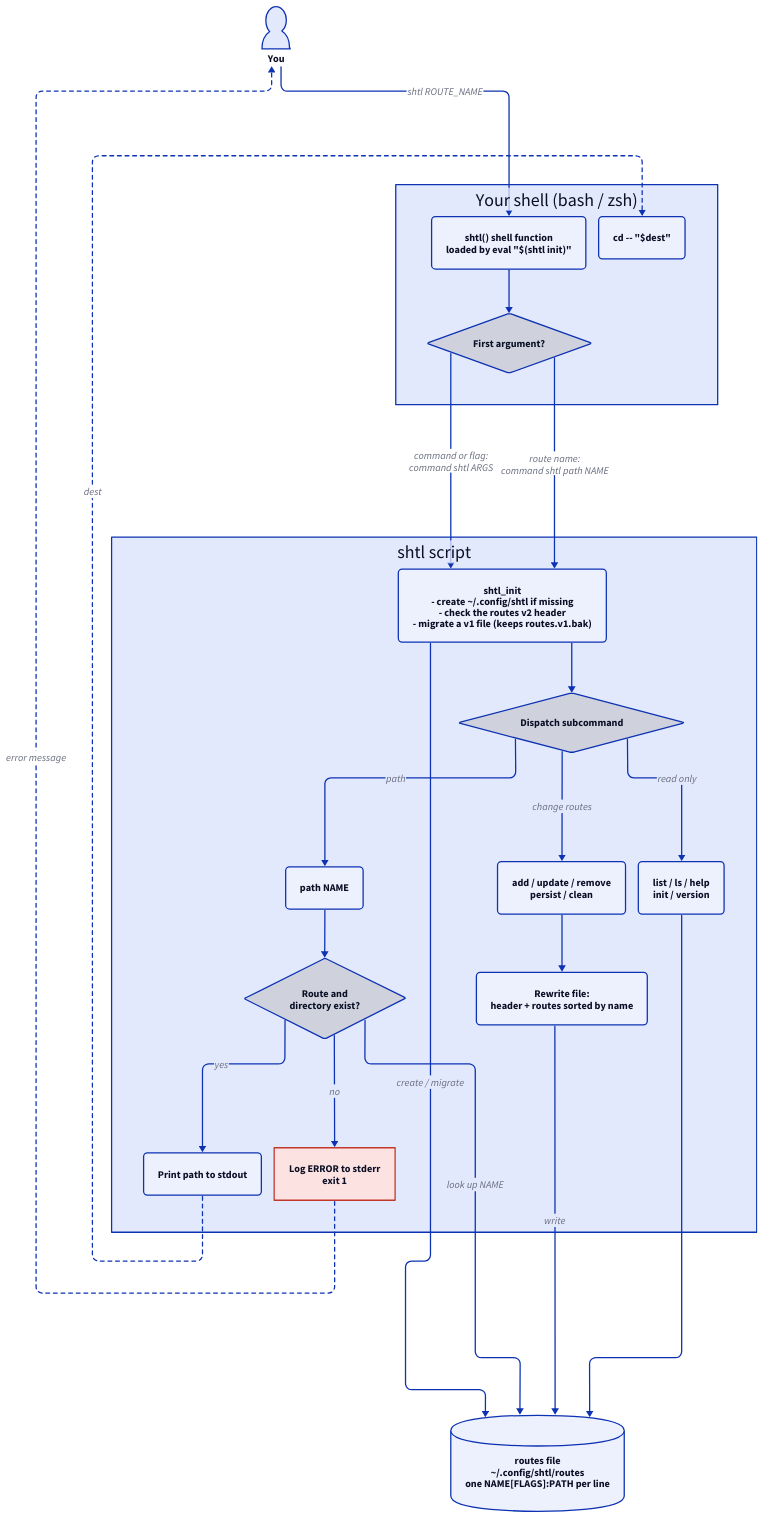
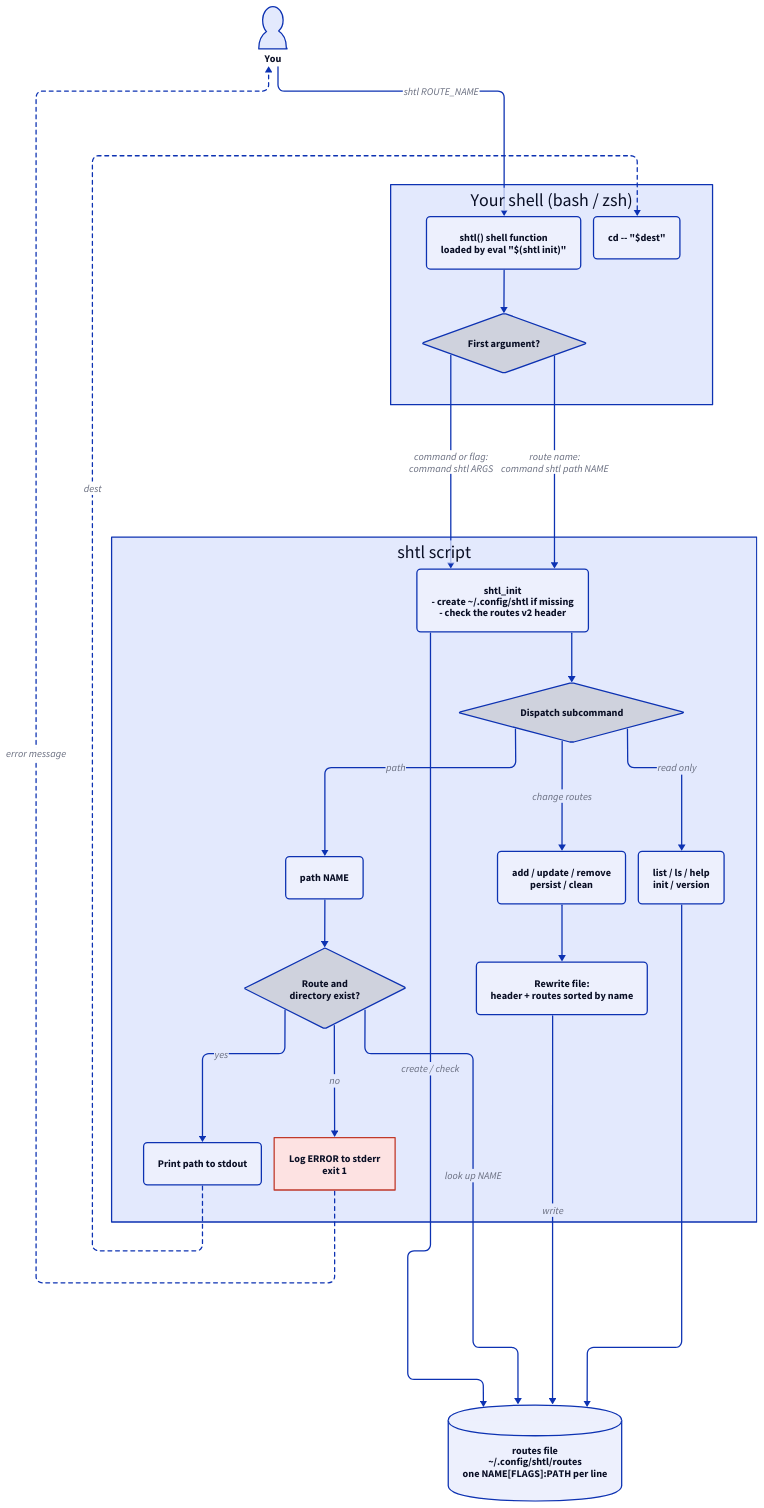
One commit to bitmvr-industries/shtl changed the diagram in docs/pipeline.d2. Above: the diagram before and after it, drawn with D2. The commit also changed 5 other files, not shown here.

```diff
--- a/docs/pipeline.d2
+++ b/docs/pipeline.d2
@@ -1,60 +1,60 @@
 # How shtl works: from `shtl ROUTE_NAME` to `cd`
 vars: {
   d2-config: {
     layout-engine: elk
   }
 }
 
 direction: down
 
 classes: {
   step: {style.border-radius: 6}
   decision: {shape: diamond}
   error: {style: {fill: "#fde2e2"; stroke: "#c0392b"}}
   data: {shape: cylinder}
 }
 
 user: You {shape: person}
 
 shell: Your shell (bash / zsh) {
   fn: "shtl() shell function\nloaded by eval \"\$(shtl init)\"" {class: step}
   kind: First argument? {class: decision}
   cd: "cd -- \"\$dest\"" {class: step}
   fn -> kind
 }
 
 script: shtl script {
-  init: "shtl_init\n- create ~/.config/shtl if missing\n- check the routes v2 header\n- migrate a v1 file (keeps routes.v1.bak)" {class: step}
+  init: "shtl_init\n- create ~/.config/shtl if missing\n- check the routes v2 header" {class: step}
   dispatch: Dispatch subcommand {class: decision}
 
   path: path NAME {class: step}
   exists: "Route and\ndirectory exist?" {class: decision}
   print: Print path to stdout {class: step}
   fail: "Log ERROR to stderr\nexit 1" {class: error}
 
   write: "add / update / remove\npersist / clean" {class: step}
   refresh: "Rewrite file:\nheader + routes sorted by name" {class: step}
   read: "list / ls / help\ninit / version" {class: step}
 
   init -> dispatch
   dispatch -> path: path
   dispatch -> write: change routes
   dispatch -> read: read only
   path -> exists
   exists -> print: yes
   exists -> fail: no
   write -> refresh
 }
 
 routes: "routes file\n~/.config/shtl/routes\none NAME[FLAGS]:PATH per line" {class: data}
 
 user -> shell.fn: shtl ROUTE_NAME
 shell.kind -> script.init: "command or flag:\ncommand shtl ARGS"
 shell.kind -> script.init: "route name:\ncommand shtl path NAME"
 script.print -> shell.cd: dest {style.stroke-dash: 3}
 script.fail -> user: error message {style.stroke-dash: 3}
 
-script.init -> routes: create / migrate
+script.init -> routes: create / check
 script.exists -> routes: look up NAME
 script.refresh -> routes: write
 script.read -> routes
```
